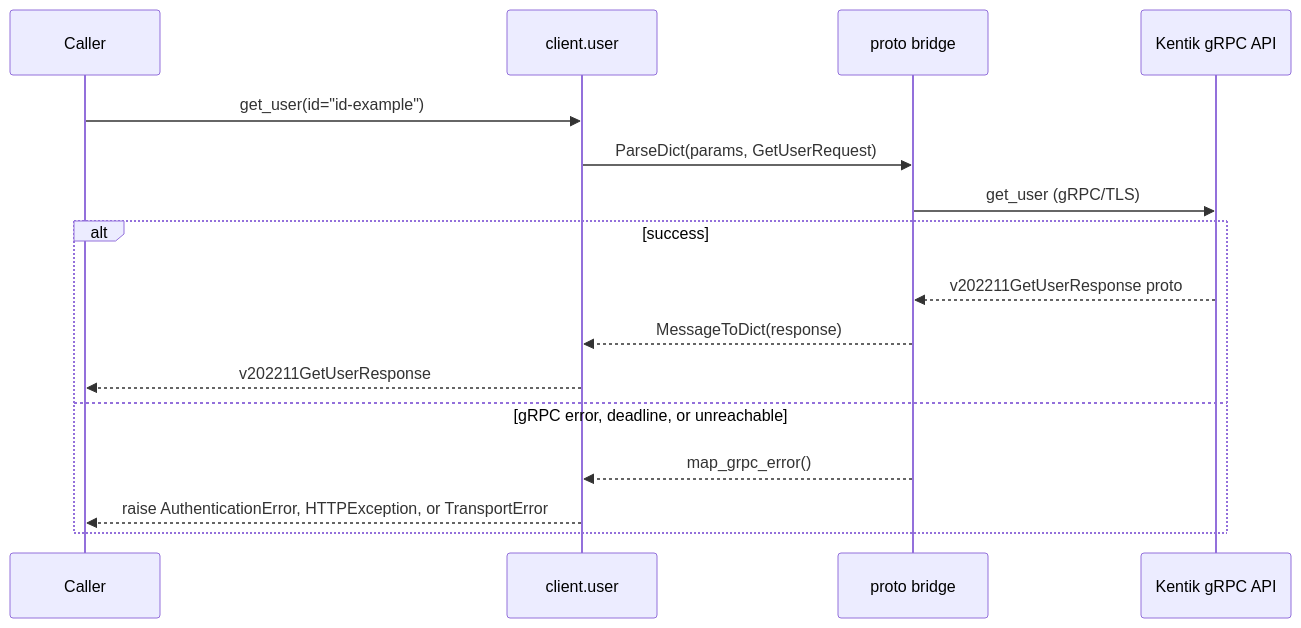
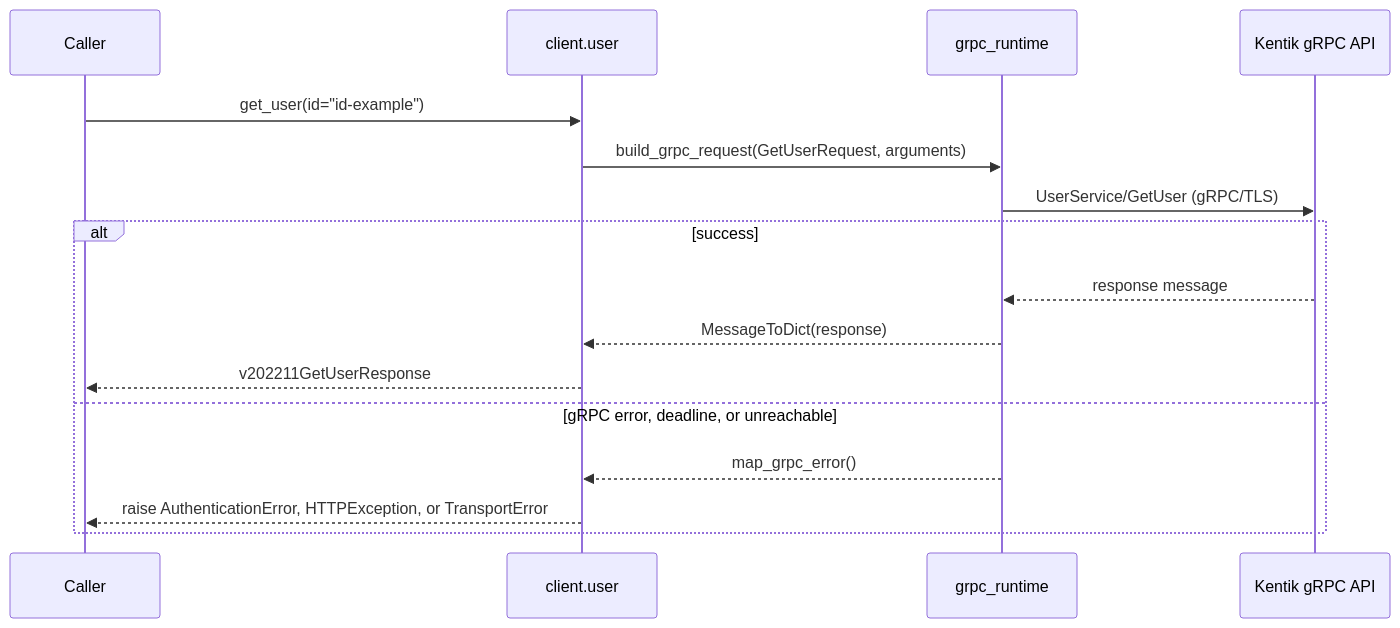
One commit to alexdearaujo/community_sdk_python changed the seventh of 16 diagrams in docs/sphinx/services/user.md. Above: the diagram before and after it, drawn with Mermaid. The commit also changed other lines of this file and 37 other files, not shown here.

First line of the commit message:
docs: show the real RPC in each service page's gRPC diagram

````diff
--- a/docs/sphinx/services/user.md
+++ b/docs/sphinx/services/user.md
@@ -203,19 +203,19 @@
 ```mermaid
 sequenceDiagram
     participant C as Caller
     participant W as client.user
-    participant B as proto bridge
+    participant R as grpc_runtime
     participant API as Kentik gRPC API
 
     C->>W: get_user(id="id-example")
-    W->>B: ParseDict(params, GetUserRequest)
-    B->>API: get_user (gRPC/TLS)
+    W->>R: build_grpc_request(GetUserRequest, arguments)
+    R->>API: UserService/GetUser (gRPC/TLS)
     alt success
-        API-->>B: v202211GetUserResponse proto
-        B-->>W: MessageToDict(response)
+        API-->>R: response message
+        R-->>W: MessageToDict(response)
         W-->>C: v202211GetUserResponse
     else gRPC error, deadline, or unreachable
-        B-->>W: map_grpc_error()
+        R-->>W: map_grpc_error()
         W-->>C: raise AuthenticationError, HTTPException, or TransportError
     end
 ```
````
